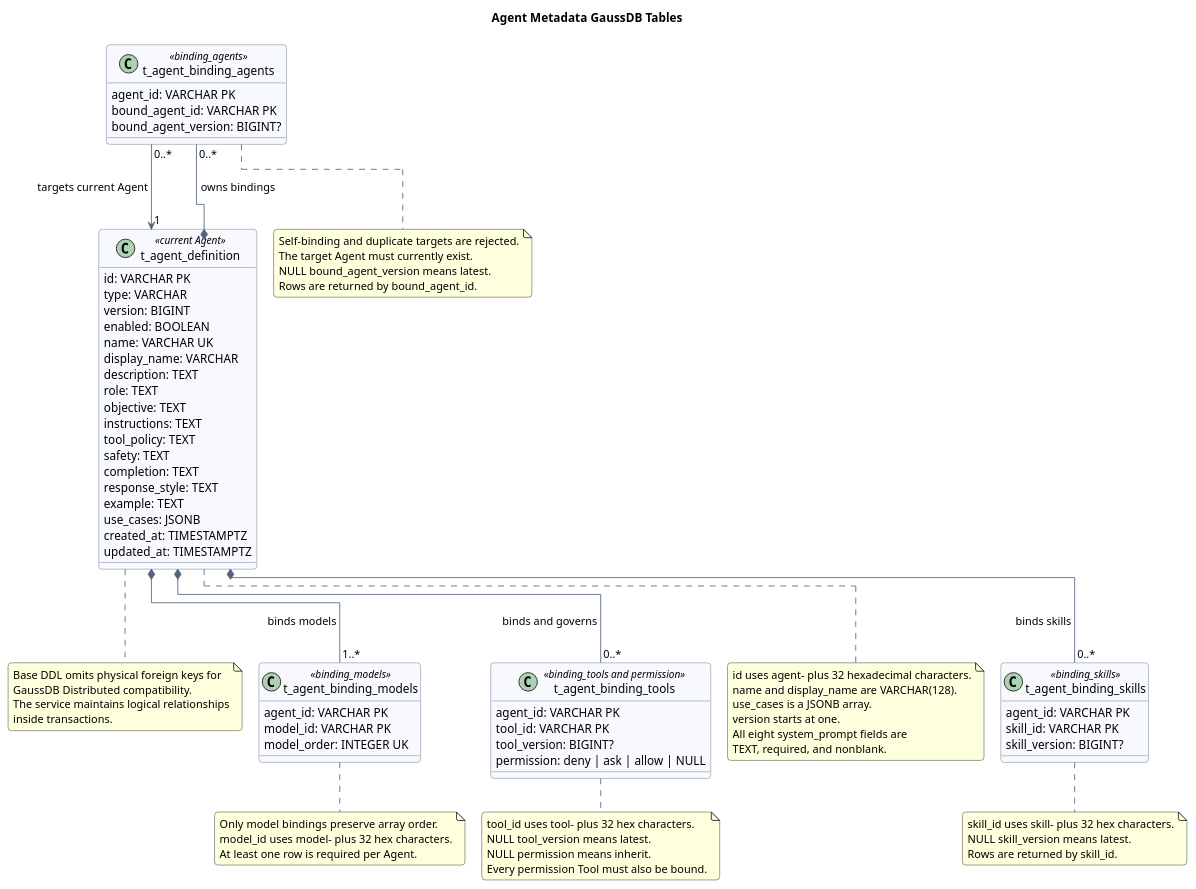
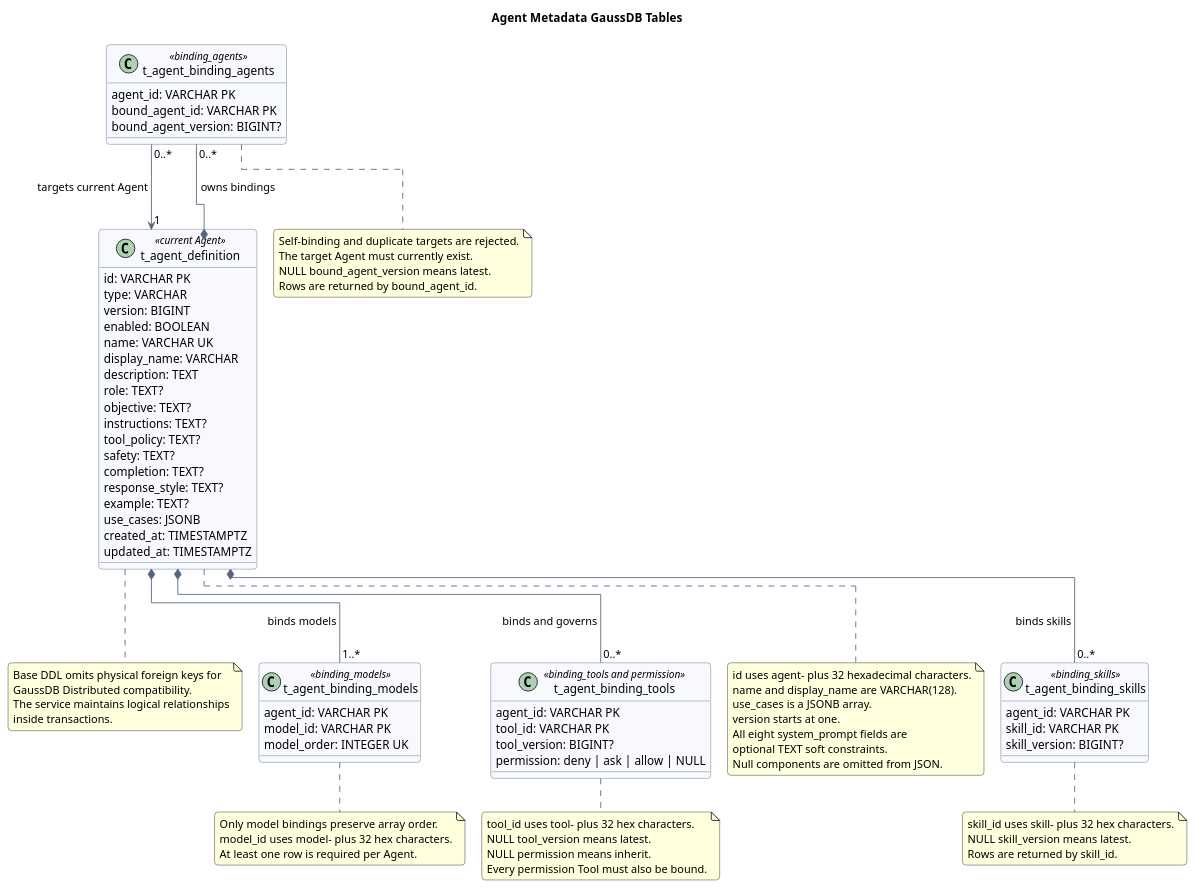
Before and after one commit to superheromeZzh/pi-mono-java-design: the diagram in agent-metadata-gaussdb-design/diagram.puml, drawn with PlantUML. The commit also changed other lines of this file and 3 other files, not shown here.

Commit message:
docs(agent): make system prompt fields optional

```diff
--- a/agent-metadata-gaussdb-design/diagram.puml
+++ b/agent-metadata-gaussdb-design/diagram.puml
@@ -6,136 +6,145 @@
 @startuml agent_metadata_gaussdb_model
 !pragma layout elk
 title Agent Metadata GaussDB Tables
 top to bottom direction
 
 skinparam backgroundColor #FFFFFF
 skinparam shadowing false
 skinparam roundcorner 8
 skinparam nodesep 45
 skinparam ranksep 50
 skinparam ArrowColor #53657D
 skinparam ClassBorderColor #53657D
 skinparam ClassBackgroundColor #F7F9FC
 skinparam classAttributeIconSize 0
 
 ' Source evidence:
 ' - AGENT metadata JSON lines 2-53 define root fields and four binding arrays.
 ' - binding_models is at line 11; binding_agents is at lines 37-42.
 ' - mate-service baseline path and symbols:
 '   src/main/java/com/huawei/hicampus/mate/agentdefinition/service/impl/AgentDefinitionServiceImpl.java
 '   AgentDefinitionServiceImpl.listAgents, getAgent, and updateAgent.
 '   src/main/java/com/huawei/hicampus/mate/agentdefinition/validation/ResourceIdRules.java
 '   ResourceIdRules identifier patterns.
 '   src/main/java/com/huawei/hicampus/mate/agentdefinition/vo/UpdateAgentRequestVO.java
 '   UpdateAgentRequestVO standard Jakarta identifier constraints.
+'   src/main/java/com/huawei/hicampus/mate/agentdefinition/vo/SystemPromptResponseVO.java
+'   AgentDefinitionServiceImpl.toSystemPrompt.
+'   src/test/java/com/huawei/hicampus/mate/agentdefinition/vo/AgentInfoJsonTest.java
+'   AgentInfoJsonTest optional system prompt serialization.
+'   src/main/resources/application.yml
+'   Jackson non-null serialization configuration.
 ' - mate-service baseline DDL: src/main/resources/db/schema.sql.
 ' Observed behavior: Jakarta Pattern validates typed resource ID formats.
+' Observed behavior: system_prompt columns are nullable TEXT fields.
+' Observed behavior: Jackson omits null system_prompt component fields.
 ' Observed behavior: only model bindings have write Mapper operations.
 ' Observed behavior: each DROP TABLE statement immediately precedes its CREATE.
 ' Design reason: pair each table drop with its create statement to follow the
 ' required deployment-script convention without changing table structure.
-' Product constraint: all eight system_prompt fields are required and nonblank.
+' Product constraint: all eight system_prompt fields are optional soft guidance.
 ' Product constraint: only binding_models preserves input array order.
 ' Product constraint: Agent IDs use agent- plus a 32-character hexadecimal UUID.
 ' Product constraint: Model, Tool, and Skill IDs use typed prefixes plus UUIDs.
 ' Target-only rule: future Agent binding writes must validate current targets;
 ' pinned target versions do not require historical-version validation.
 ' GaussDB divergence: physical foreign keys are optional because GaussDB
 ' Distributed does not support them; the base DDL uses logical relationships.
 ' DDL convention: each DROP TABLE IF EXISTS immediately precedes CREATE TABLE.
 
 class t_agent_definition <<current Agent>> {
   id: VARCHAR PK
   type: VARCHAR
   version: BIGINT
   enabled: BOOLEAN
   name: VARCHAR UK
   display_name: VARCHAR
   description: TEXT
-  role: TEXT
-  objective: TEXT
-  instructions: TEXT
-  tool_policy: TEXT
-  safety: TEXT
-  completion: TEXT
-  response_style: TEXT
-  example: TEXT
+  role: TEXT?
+  objective: TEXT?
+  instructions: TEXT?
+  tool_policy: TEXT?
+  safety: TEXT?
+  completion: TEXT?
+  response_style: TEXT?
+  example: TEXT?
   use_cases: JSONB
   created_at: TIMESTAMPTZ
   updated_at: TIMESTAMPTZ
 }
 
 class t_agent_binding_models <<binding_models>> {
   agent_id: VARCHAR PK
   model_id: VARCHAR PK
   model_order: INTEGER UK
 }
 
 class t_agent_binding_tools <<binding_tools and permission>> {
   agent_id: VARCHAR PK
   tool_id: VARCHAR PK
   tool_version: BIGINT?
   permission: deny | ask | allow | NULL
 }
 
 class t_agent_binding_skills <<binding_skills>> {
   agent_id: VARCHAR PK
   skill_id: VARCHAR PK
   skill_version: BIGINT?
 }
 
 class t_agent_binding_agents <<binding_agents>> {
   agent_id: VARCHAR PK
   bound_agent_id: VARCHAR PK
   bound_agent_version: BIGINT?
 }
 
 t_agent_definition *-- "1..*" t_agent_binding_models : binds models
 t_agent_definition *-- "0..*" t_agent_binding_tools : binds and governs
 t_agent_definition *-- "0..*" t_agent_binding_skills : binds skills
 t_agent_definition *-- "0..*" t_agent_binding_agents : owns bindings
 t_agent_binding_agents "0..*" --> "1" t_agent_definition : targets current Agent
 
 note right of t_agent_definition
 id uses agent- plus 32 hexadecimal characters.
 name and display_name are VARCHAR(128).
 use_cases is a JSONB array.
 version starts at one.
 All eight system_prompt fields are
-TEXT, required, and nonblank.
+optional TEXT soft constraints.
+Null components are omitted from JSON.
 end note
 
 note right of t_agent_binding_models
 Only model bindings preserve array order.
 model_id uses model- plus 32 hex characters.
 At least one row is required per Agent.
 end note
 
 note bottom of t_agent_binding_tools
 tool_id uses tool- plus 32 hex characters.
 NULL tool_version means latest.
 NULL permission means inherit.
 Every permission Tool must also be bound.
 end note
 
 note bottom of t_agent_binding_skills
 skill_id uses skill- plus 32 hex characters.
 NULL skill_version means latest.
 Rows are returned by skill_id.
 end note
 
 note bottom of t_agent_binding_agents
 Self-binding and duplicate targets are rejected.
 The target Agent must currently exist.
 NULL bound_agent_version means latest.
 Rows are returned by bound_agent_id.
 end note
 
 note bottom of t_agent_definition
 Base DDL omits physical foreign keys for
 GaussDB Distributed compatibility.
 The service maintains logical relationships
 inside transactions.
 end note
 
 @enduml
```
